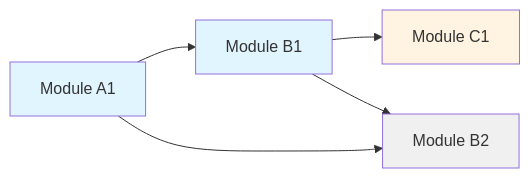
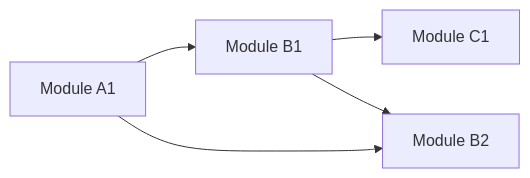
The third of 5 diagrams in .speccrew/skills/speccrew-knowledge-system-summarize/templates/SYSTEM-OVERVIEW-TEMPLATE.md (charlesmu99/speccrew), drawn with Mermaid before and after one commit. The commit also changed other lines of this file and 9 other files, not shown here.

First line of the commit message:
feat(knowledge-skills): enhance documentation templates with source traceability and Mermaid compatibility

````diff
--- a/.speccrew/skills/speccrew-knowledge-system-summarize/templates/SYSTEM-OVERVIEW-TEMPLATE.md
+++ b/.speccrew/skills/speccrew-knowledge-system-summarize/templates/SYSTEM-OVERVIEW-TEMPLATE.md
@@ -135,15 +145,7 @@
 ```mermaid
 graph LR
     A1["Module A1"] --> B1["Module B1"]
     B1 --> C1["Module C1"]
     A1 --> B2["Module B2"]
     B1 --> B2
-    
-    style A1 fill:#e1f5ff
-    style B1 fill:#e1f5ff
-    style C1 fill:#fff4e1
-    style B2 fill:#f0f0f0
-    
-    %% Legend
-    %% Blue: Core Module | Yellow: External Dependency | Gray: Support Module
 ```
````
